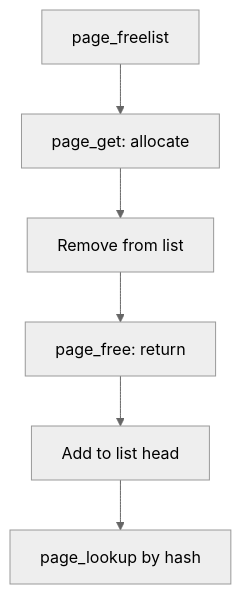
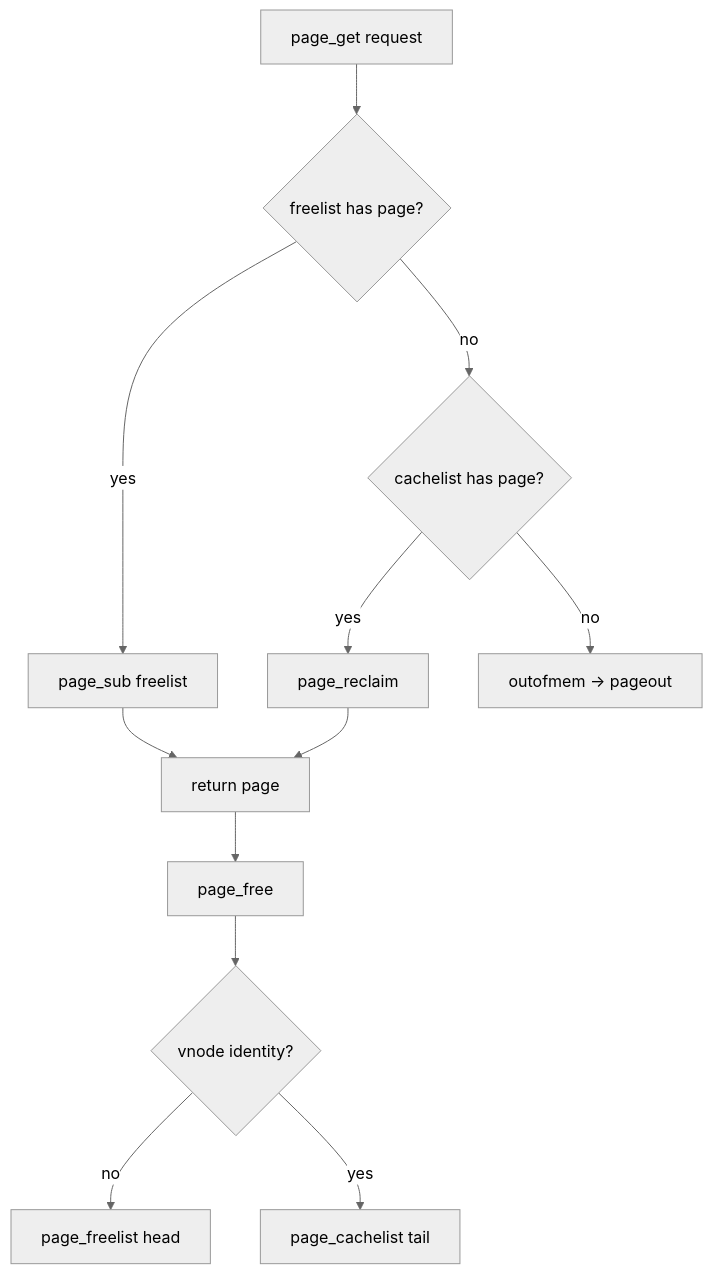
The diagram in diagrams/2.3-page-list.mmd (macsplit/unix_doc), drawn with Mermaid (neutral theme) before and after one commit. The commit also changed 105 other files, not shown here.

Commit message:
added new charts and fleshed out remaining chapters

```diff
--- a/diagrams/2.3-page-list.mmd
+++ b/diagrams/2.3-page-list.mmd
@@ -1,6 +1,12 @@
 graph TD
-    A[page_freelist] --> B[page_get: allocate]
-    B --> C[Remove from list]
-    C --> D[page_free: return]
-    D --> E[Add to list head]
-    E --> F[page_lookup by hash]
+    A[page_get request] --> B{freelist has page?}
+    B -->|yes| C[page_sub freelist]
+    B -->|no| D{cachelist has page?}
+    D -->|yes| E[page_reclaim]
+    D -->|no| F[outofmem -> pageout]
+    C --> G[return page]
+    E --> G
+    G --> H[page_free]
+    H --> I{vnode identity?}
+    I -->|no| J[page_freelist head]
+    I -->|yes| K[page_cachelist tail]
```
